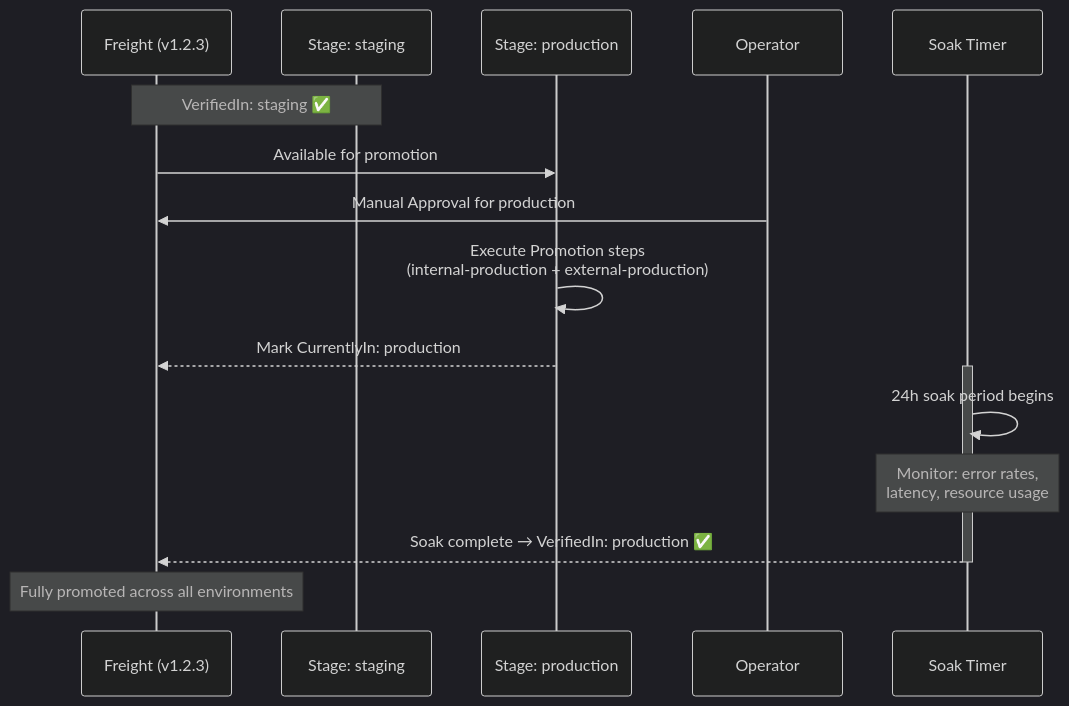
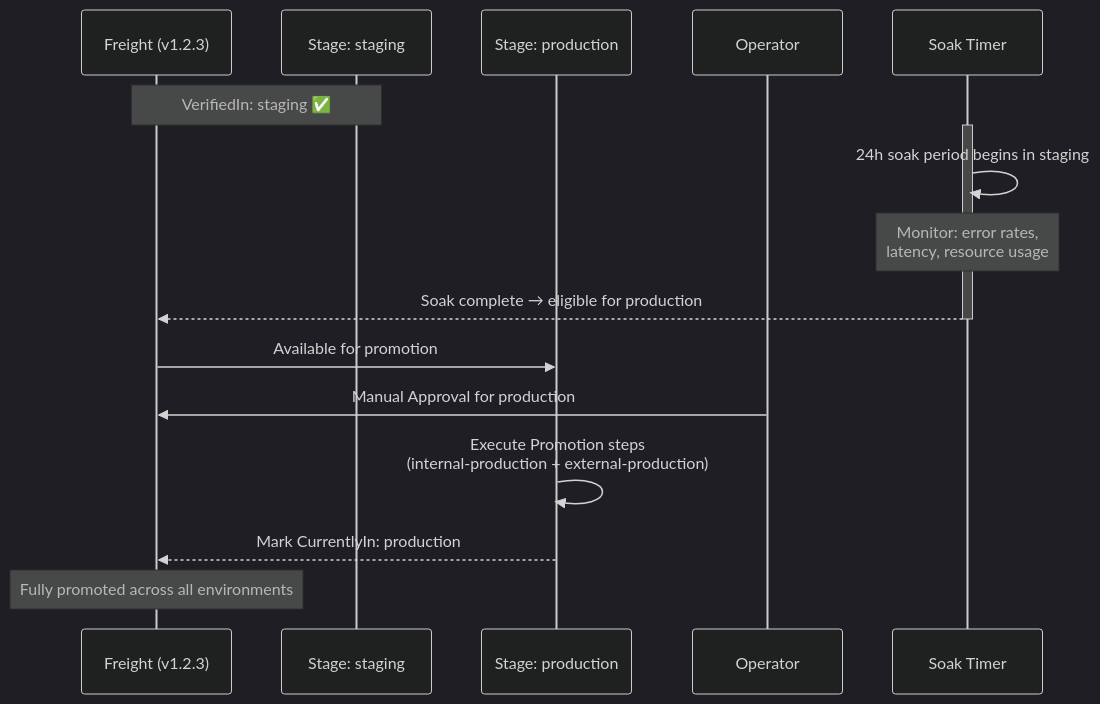
Before and after one commit to redhat-appstudio/infra-common-deployments: the fifth of 11 diagrams in docs/environment-deployments/architecture.md, drawn with Mermaid (dark theme). The commit also changed other lines of this file and 2 other files, not shown here.

````diff
--- a/docs/environment-deployments/architecture.md
+++ b/docs/environment-deployments/architecture.md
@@ -236,23 +235,23 @@
 ```mermaid
 sequenceDiagram
     participant FR as Freight (v1.2.3)
     participant SP as Stage: staging
     participant PP as Stage: production
     participant OP as Operator
     participant SOAK as Soak Timer
 
     Note over FR,SP: VerifiedIn: staging ✅
 
+    activate SOAK
+    SOAK->>SOAK: 24h soak period begins in staging
+    Note over SOAK: Monitor: error rates,<br/>latency, resource usage
+    SOAK-->>FR: Soak complete → eligible for production
+    deactivate SOAK
+
     FR->>PP: Available for promotion
     OP->>FR: Manual Approval for production
     PP->>PP: Execute Promotion steps<br/>(internal-production + external-production)
     PP-->>FR: Mark CurrentlyIn: production
 
-    activate SOAK
-    SOAK->>SOAK: 24h soak period begins
-    Note over SOAK: Monitor: error rates,<br/>latency, resource usage
-    SOAK-->>FR: Soak complete → VerifiedIn: production ✅
-    deactivate SOAK
-
     Note over FR: Fully promoted across all environments
 ```
````
